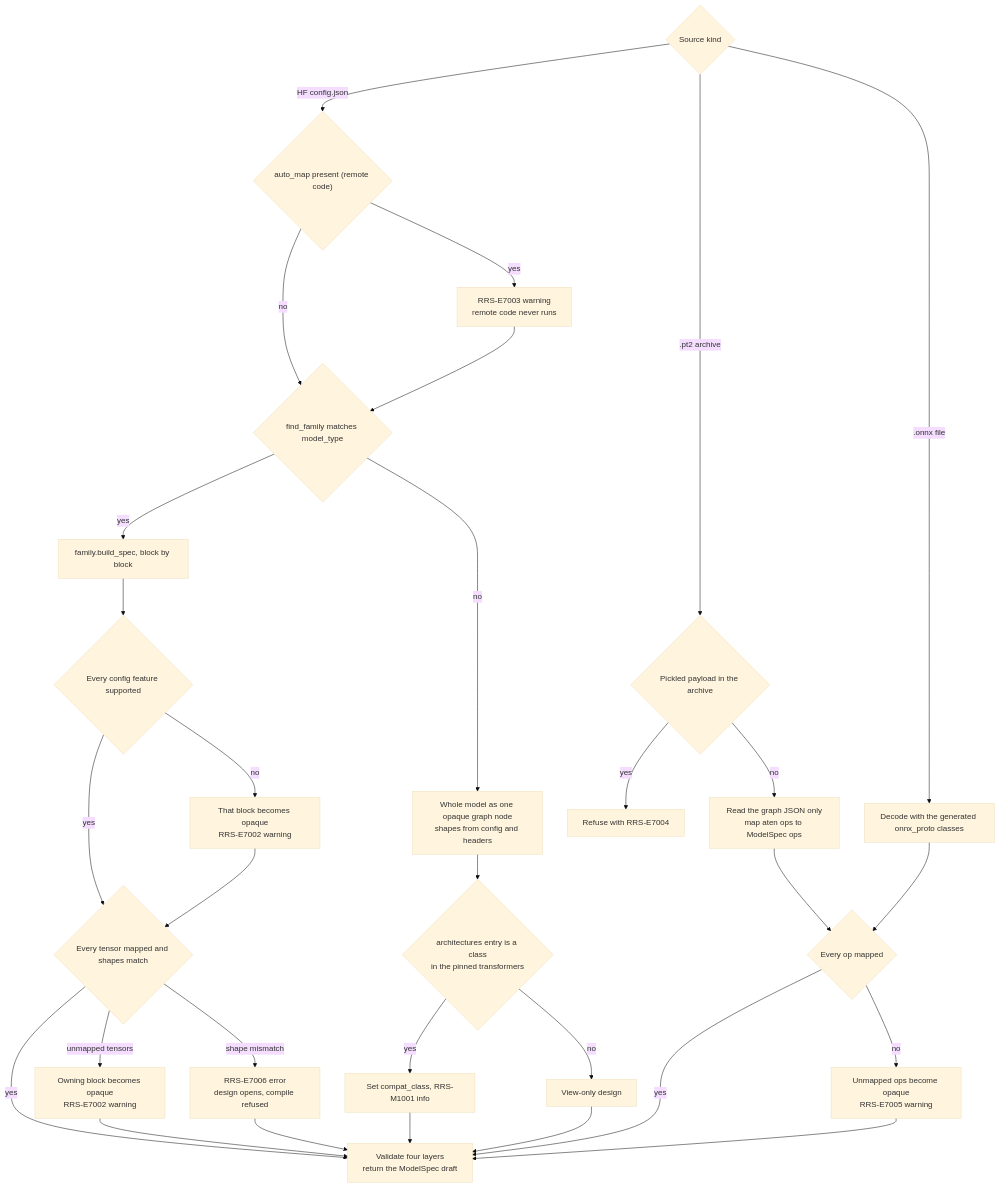
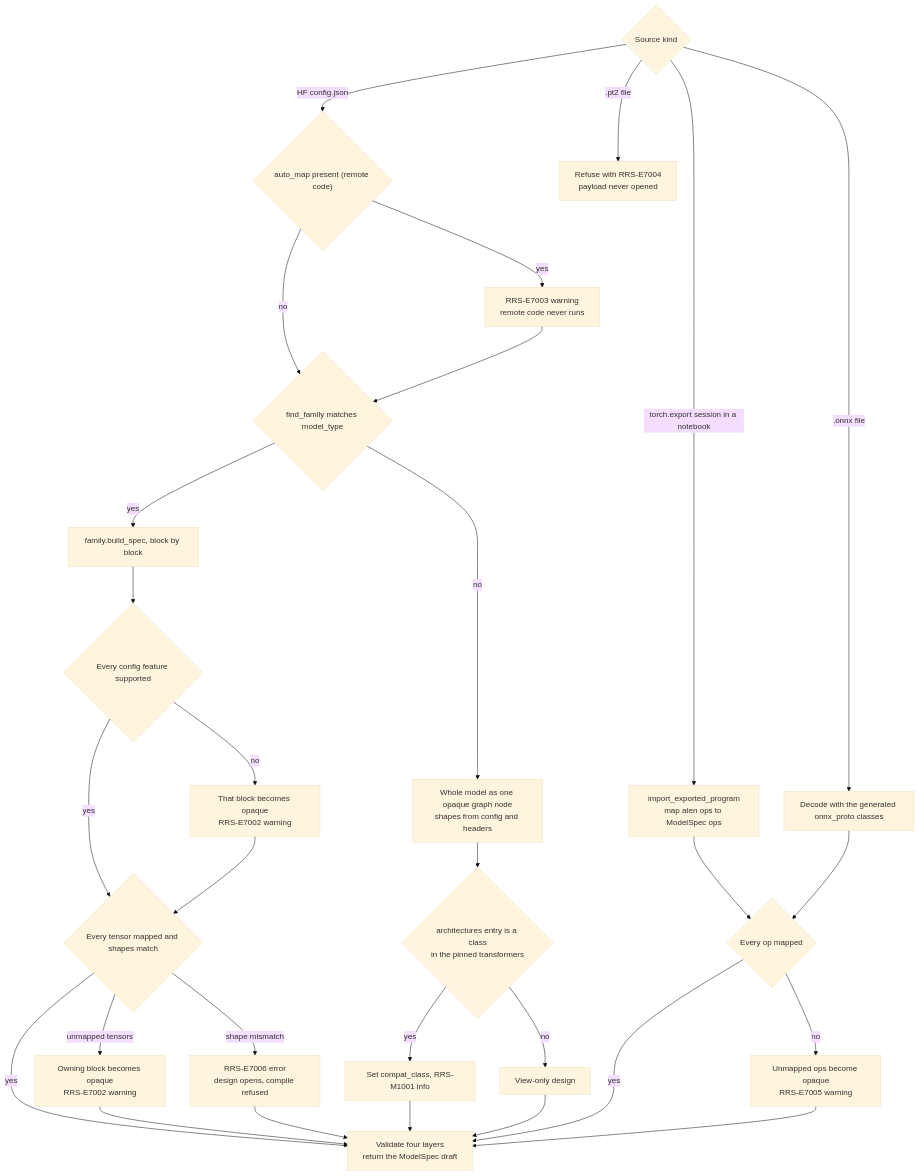
One commit to Snubiss/RASTAI-Research-Studio changed the second of 32 diagrams in docs/architecture/flows/designer-gym-remote.md. Above: the diagram before and after it, drawn with Mermaid (base theme). The commit also changed other lines of this file and 44 other files, not shown here.

First line of the commit message:
Apply owner decisions: contracts v1.1, spec v5.4, archive, plain JS

````diff
--- a/docs/architecture/flows/designer-gym-remote.md
+++ b/docs/architecture/flows/designer-gym-remote.md
@@ -102,33 +103,32 @@
 ```mermaid
 flowchart TD
   SRC{"Source kind"}
   SRC -->|"HF config.json"| REMOTE{"auto_map present (remote code)"}
-  SRC -->|".pt2 archive"| PT2{"Pickled payload in the archive"}
+  SRC -->|".pt2 file"| REF["Refuse with RRS-E7004<br/>payload never opened"]
+  SRC -->|"torch.export session in a notebook"| ATEN["import_exported_program<br/>map aten ops to ModelSpec ops"]
   SRC -->|".onnx file"| ONNX["Decode with the generated onnx_proto classes"]
   REMOTE -->|"yes"| WARN["RRS-E7003 warning<br/>remote code never runs"]
   REMOTE -->|"no"| FAM{"find_family matches model_type"}
   WARN --> FAM
   FAM -->|"yes"| MAP["family.build_spec, block by block"]
   FAM -->|"no"| WHOLE["Whole model as one opaque graph node<br/>shapes from config and headers"]
   MAP --> FEAT{"Every config feature supported"}
   FEAT -->|"yes"| NAMES{"Every tensor mapped and shapes match"}
   FEAT -->|"no"| PART["That block becomes opaque<br/>RRS-E7002 warning"]
   PART --> NAMES
   NAMES -->|"yes"| VALID["Validate four layers<br/>return the ModelSpec draft"]
   NAMES -->|"unmapped tensors"| UNM["Owning block becomes opaque<br/>RRS-E7002 warning"]
   NAMES -->|"shape mismatch"| BAD["RRS-E7006 error<br/>design opens, compile refused"]
   UNM --> VALID
   BAD --> VALID
   WHOLE --> COMPAT{"architectures entry is a class<br/>in the pinned transformers"}
   COMPAT -->|"yes"| CC["Set compat_class, RRS-M1001 info"]
   COMPAT -->|"no"| VIEW["View-only design"]
   CC --> VALID
   VIEW --> VALID
-  PT2 -->|"yes"| REF["Refuse with RRS-E7004"]
-  PT2 -->|"no"| ATEN["Read the graph JSON only<br/>map aten ops to ModelSpec ops"]
   ATEN --> OPS{"Every op mapped"}
   ONNX --> OPS
   OPS -->|"yes"| VALID
   OPS -->|"no"| OPQ["Unmapped ops become opaque<br/>RRS-E7005 warning"]
   OPQ --> VALID
 ```
````
